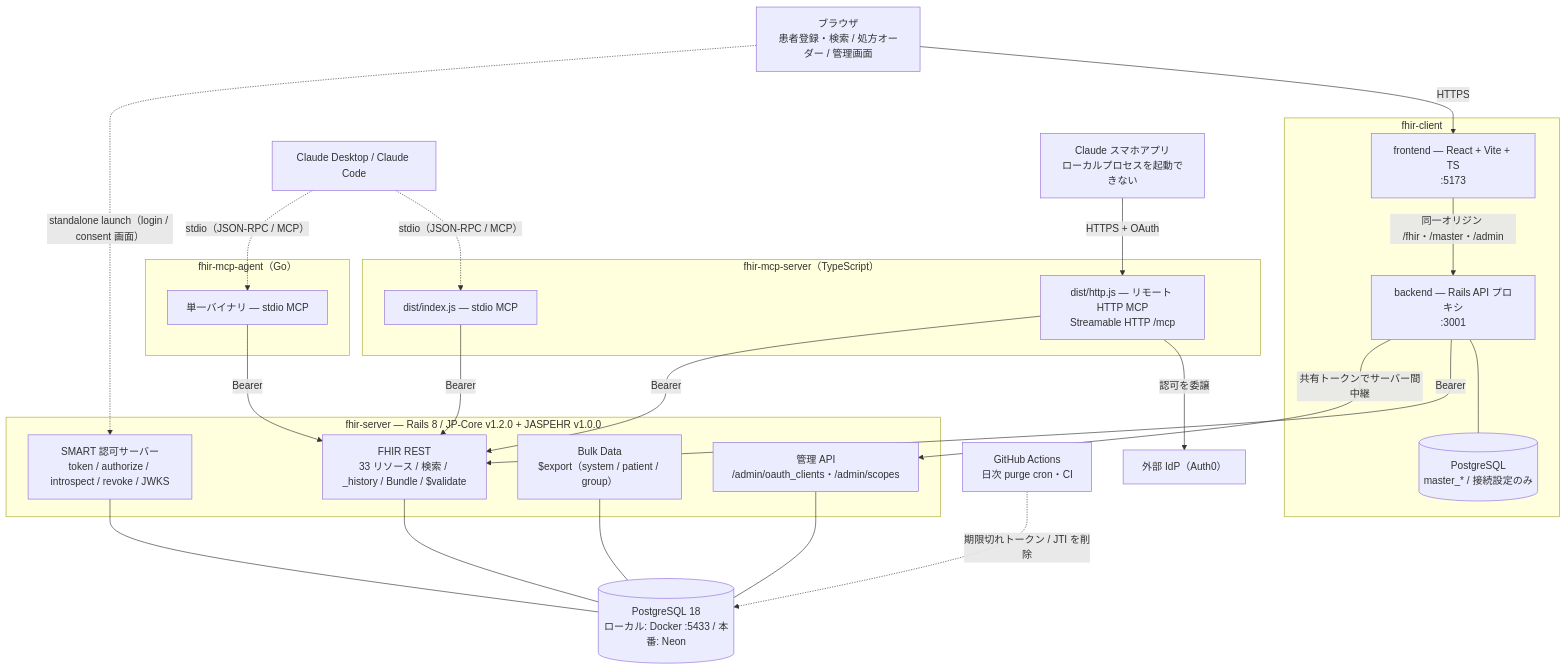
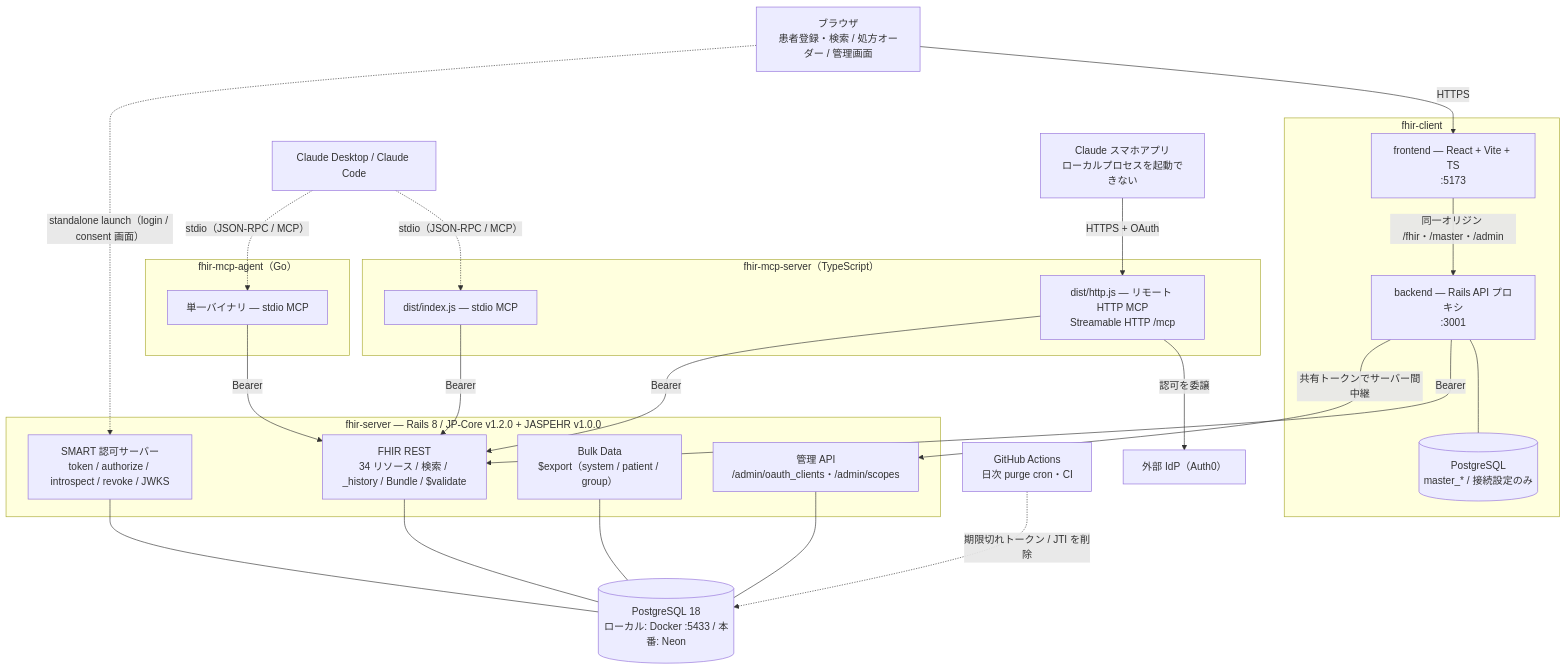
The first of 3 diagrams in docs/ARCHITECTURE.md (ysnr-dev/fhir-server), drawn with Mermaid before and after one commit. The commit also changed other lines of this file and 20 other files, not shown here.

````diff
--- a/docs/ARCHITECTURE.md
+++ b/docs/ARCHITECTURE.md
@@ -21,54 +21,54 @@
 ```mermaid
 flowchart TB
     Browser["ブラウザ<br/>患者登録・検索 / 処方オーダー / 管理画面"]
     ClaudeLocal["Claude Desktop / Claude Code"]
     ClaudeMobile["Claude スマホアプリ<br/>ローカルプロセスを起動できない"]
 
     subgraph clientRepo["fhir-client"]
         FE["frontend — React + Vite + TS<br/>:5173"]
         BE["backend — Rails API プロキシ<br/>:3001"]
         BEDB[("PostgreSQL<br/>master_* / 接続設定のみ")]
     end
 
     subgraph mcpTs["fhir-mcp-server（TypeScript）"]
         MCPSTDIO["dist/index.js — stdio MCP"]
         MCPHTTP["dist/http.js — リモート HTTP MCP<br/>Streamable HTTP /mcp"]
     end
 
     subgraph mcpGo["fhir-mcp-agent（Go）"]
         AGENT["単一バイナリ — stdio MCP"]
     end
 
     IDP["外部 IdP（Auth0）"]
 
     subgraph serverRepo["fhir-server — Rails 8 / JP-Core v1.2.0 + JASPEHR v1.0.0"]
-        REST["FHIR REST<br/>33 リソース / 検索 / _history / Bundle / $validate"]
+        REST["FHIR REST<br/>34 リソース / 検索 / _history / Bundle / $validate"]
         AUTH["SMART 認可サーバー<br/>token / authorize / introspect / revoke / JWKS"]
         BULK["Bulk Data<br/>$export（system / patient / group）"]
         ADMINAPI["管理 API<br/>/admin/oauth_clients・/admin/scopes"]
     end
 
     DB[("PostgreSQL 18<br/>ローカル: Docker :5433 / 本番: Neon")]
     GHA["GitHub Actions<br/>日次 purge cron・CI"]
 
     Browser -->|HTTPS| FE
     FE -->|"同一オリジン /fhir・/master・/admin"| BE
     BE --- BEDB
     ClaudeLocal -.->|"stdio（JSON-RPC / MCP）"| MCPSTDIO
     ClaudeLocal -.->|"stdio（JSON-RPC / MCP）"| AGENT
     ClaudeMobile -->|"HTTPS + OAuth"| MCPHTTP
     MCPHTTP -->|"認可を委譲"| IDP
 
     BE -->|"Bearer"| REST
     MCPSTDIO -->|"Bearer"| REST
     AGENT -->|"Bearer"| REST
     MCPHTTP -->|"Bearer"| REST
     BE -->|"共有トークンでサーバー間中継"| ADMINAPI
     Browser -.->|"standalone launch（login / consent 画面）"| AUTH
 
     REST --- DB
     AUTH --- DB
     BULK --- DB
     ADMINAPI --- DB
     GHA -.->|"期限切れトークン / JTI を削除"| DB
 ```
````
